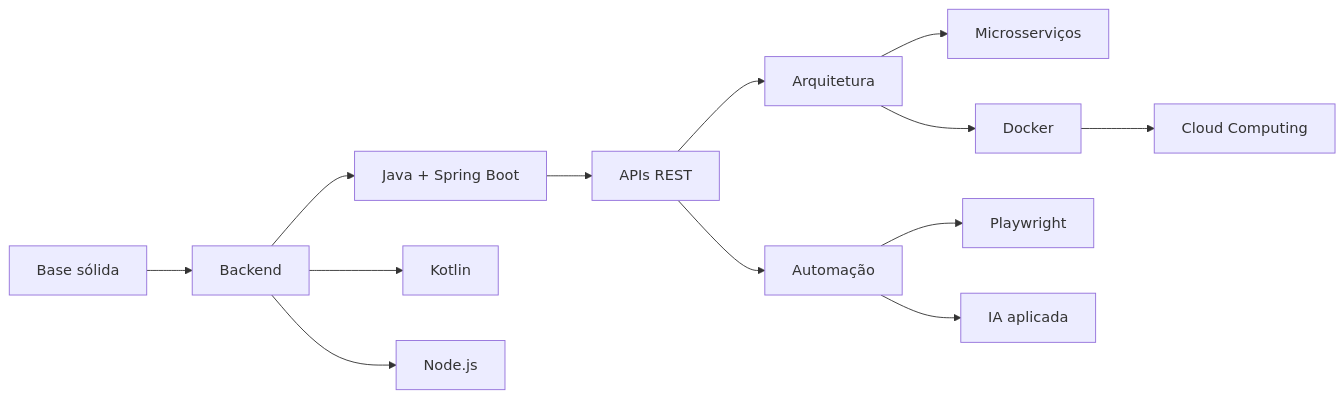
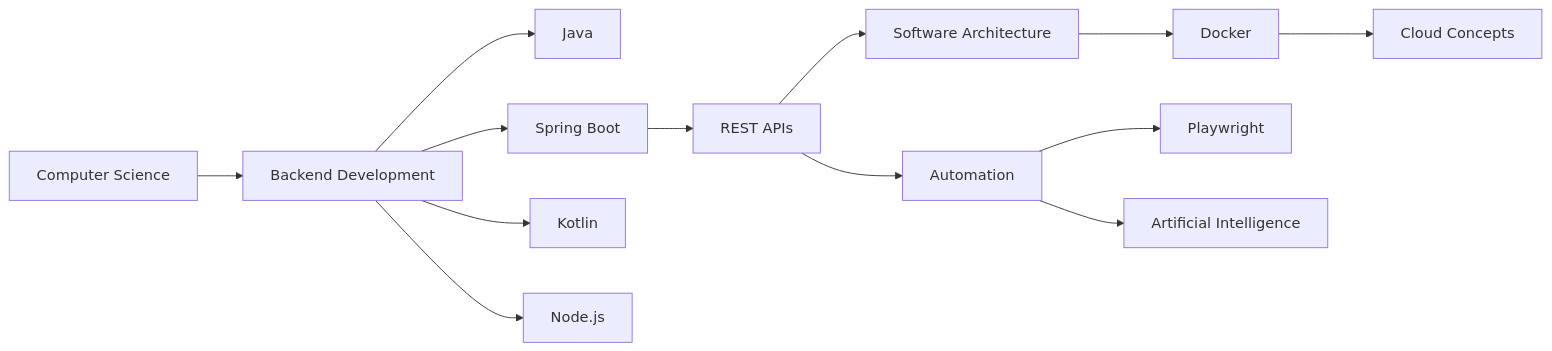
One commit to murilo-sys/murilo-sys changed the diagram in README.md. Above: the diagram before and after it, drawn with Mermaid. The commit also changed other lines of this file, not shown here.

````diff
--- a/README.md
+++ b/README.md
@@ -137,15 +174,20 @@
 ```mermaid
 flowchart LR
-    A[Base sólida] --> B[Backend]
-    B --> C[Java + Spring Boot]
-    B --> D[Kotlin]
-    B --> E[Node.js]
-    C --> F[APIs REST]
-    F --> G[Arquitetura]
-    G --> H[Microsserviços]
-    G --> I[Docker]
-    I --> J[Cloud Computing]
-    F --> K[Automação]
-    K --> L[Playwright]
-    K --> M[IA aplicada]
+
+A[Computer Science] --> B[Backend Development]
+
+B --> C[Java]
+B --> D[Spring Boot]
+B --> E[Kotlin]
+B --> F[Node.js]
+
+D --> G[REST APIs]
+G --> H[Software Architecture]
+
+H --> I[Docker]
+I --> J[Cloud Concepts]
+
+G --> K[Automation]
+K --> L[Playwright]
+K --> M[Artificial Intelligence]
 ```
````
